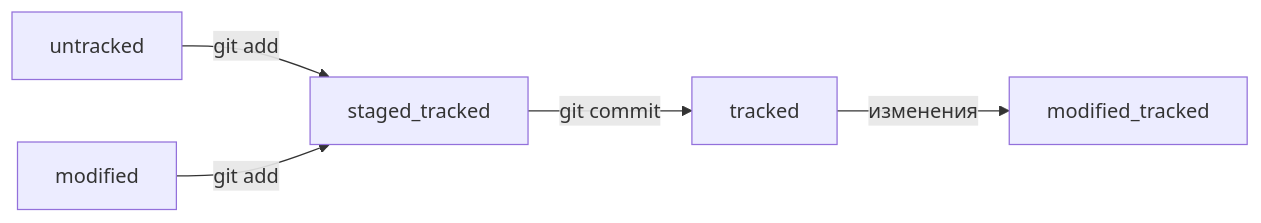
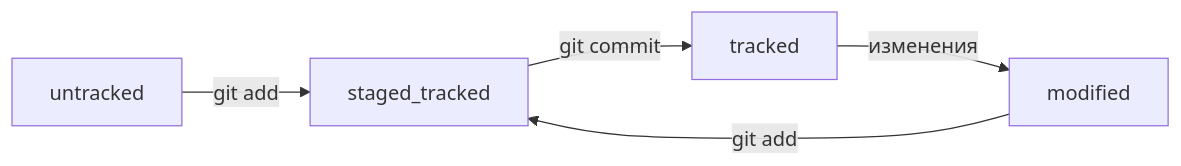
The diagram in README.md (TOxaREY/test_repo), drawn with Mermaid before and after one commit.

Commit message:
Обновил раздел Статусы 2

````diff
--- a/README.md
+++ b/README.md
@@ -30,8 +30,8 @@
 ```mermaid
 graph LR;
   untracked -- "git add" --> staged_tracked;
   staged_tracked -- "git commit" --> tracked;
-  tracked -- "изменения" --> modified_tracked;
+  tracked -- "изменения" --> modified;
   modified -- "git add" --> staged_tracked;
 
 ```  
````
